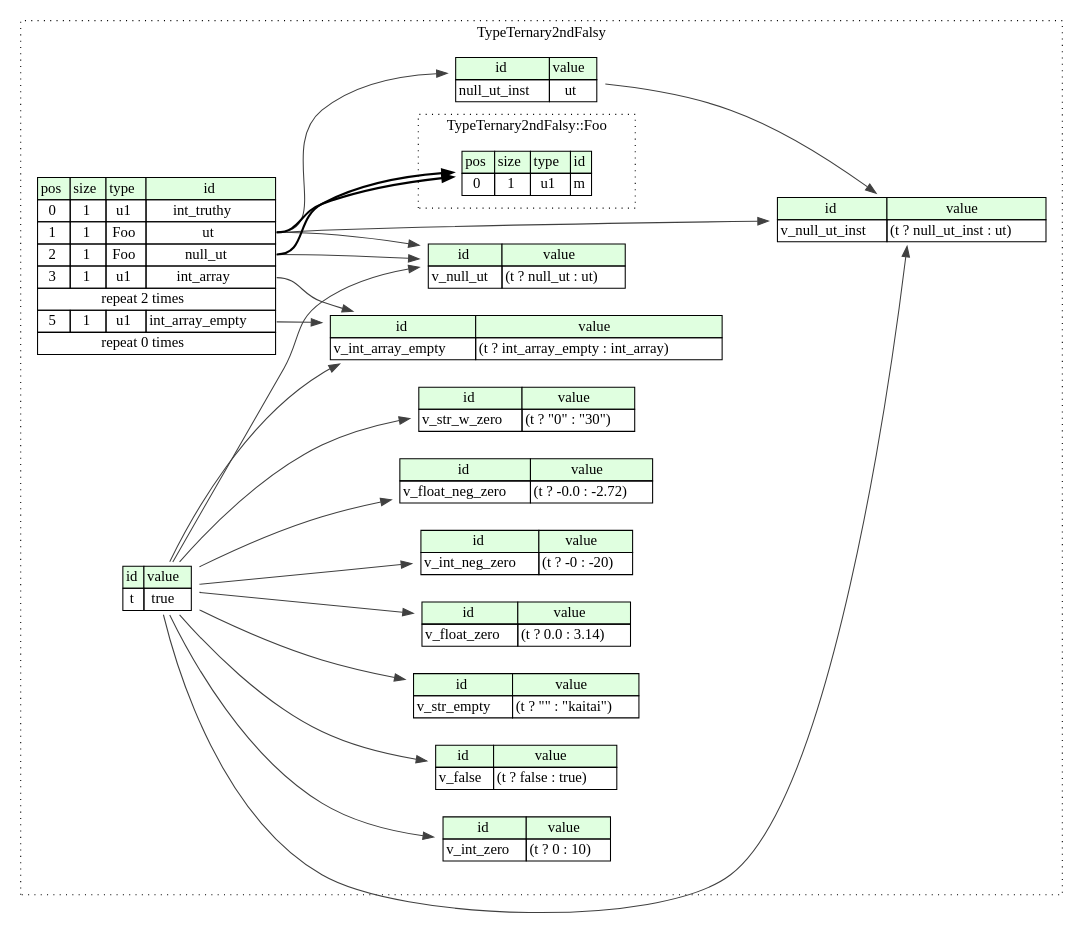
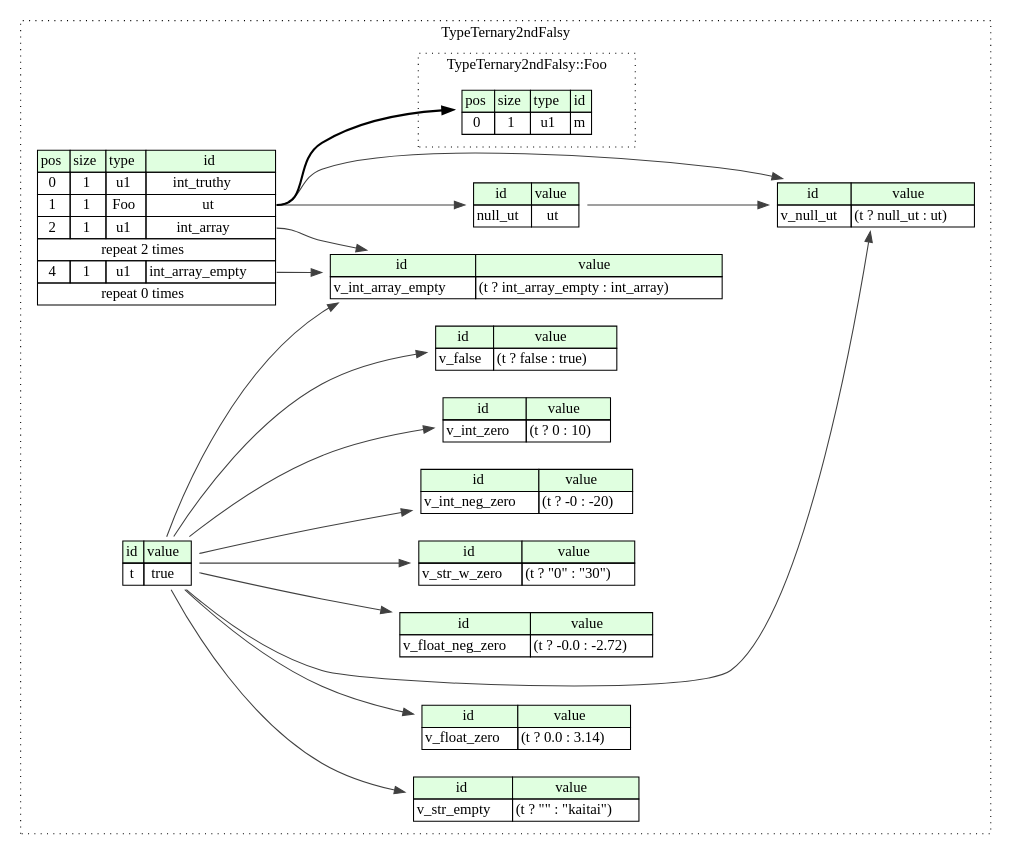
One commit to kaitai-io/ci_targets changed the diagram in compiled/graphviz/type_ternary_2nd_falsy.dot. Above: the diagram before and after it, drawn with Graphviz. The commit also changed 17 other files, not shown here.

```diff
--- a/compiled/graphviz/type_ternary_2nd_falsy.dot
+++ b/compiled/graphviz/type_ternary_2nd_falsy.dot
@@ -1,95 +1,86 @@
 digraph {
 	rankdir=LR;
 	node [shape=plaintext];
 	subgraph cluster__type_ternary_2nd_falsy {
 		label="TypeTernary2ndFalsy";
 		graph[style=dotted];
 
 		type_ternary_2nd_falsy__seq [label=<<TABLE BORDER="0" CELLBORDER="1" CELLSPACING="0">
 			<TR><TD BGCOLOR="#E0FFE0">pos</TD><TD BGCOLOR="#E0FFE0">size</TD><TD BGCOLOR="#E0FFE0">type</TD><TD BGCOLOR="#E0FFE0">id</TD></TR>
 			<TR><TD PORT="int_truthy_pos">0</TD><TD PORT="int_truthy_size">1</TD><TD>u1</TD><TD PORT="int_truthy_type">int_truthy</TD></TR>
 			<TR><TD PORT="ut_pos">1</TD><TD PORT="ut_size">1</TD><TD>Foo</TD><TD PORT="ut_type">ut</TD></TR>
-			<TR><TD PORT="null_ut_pos">2</TD><TD PORT="null_ut_size">1</TD><TD>Foo</TD><TD PORT="null_ut_type">null_ut</TD></TR>
-			<TR><TD PORT="int_array_pos">3</TD><TD PORT="int_array_size">1</TD><TD>u1</TD><TD PORT="int_array_type">int_array</TD></TR>
+			<TR><TD PORT="int_array_pos">2</TD><TD PORT="int_array_size">1</TD><TD>u1</TD><TD PORT="int_array_type">int_array</TD></TR>
 			<TR><TD COLSPAN="4" PORT="int_array__repeat">repeat 2 times</TD></TR>
-			<TR><TD PORT="int_array_empty_pos">5</TD><TD PORT="int_array_empty_size">1</TD><TD>u1</TD><TD PORT="int_array_empty_type">int_array_empty</TD></TR>
+			<TR><TD PORT="int_array_empty_pos">4</TD><TD PORT="int_array_empty_size">1</TD><TD>u1</TD><TD PORT="int_array_empty_type">int_array_empty</TD></TR>
 			<TR><TD COLSPAN="4" PORT="int_array_empty__repeat">repeat 0 times</TD></TR>
+		</TABLE>>];
+		type_ternary_2nd_falsy__inst__null_ut [label=<<TABLE BORDER="0" CELLBORDER="1" CELLSPACING="0">
+			<TR><TD BGCOLOR="#E0FFE0">id</TD><TD BGCOLOR="#E0FFE0">value</TD></TR>
+			<TR><TD>null_ut</TD><TD>ut</TD></TR>
 		</TABLE>>];
 		type_ternary_2nd_falsy__inst__v_float_zero [label=<<TABLE BORDER="0" CELLBORDER="1" CELLSPACING="0">
 			<TR><TD BGCOLOR="#E0FFE0">id</TD><TD BGCOLOR="#E0FFE0">value</TD></TR>
 			<TR><TD>v_float_zero</TD><TD>(t ? 0.0 : 3.14)</TD></TR>
 		</TABLE>>];
 		type_ternary_2nd_falsy__inst__t [label=<<TABLE BORDER="0" CELLBORDER="1" CELLSPACING="0">
 			<TR><TD BGCOLOR="#E0FFE0">id</TD><TD BGCOLOR="#E0FFE0">value</TD></TR>
 			<TR><TD>t</TD><TD>true</TD></TR>
 		</TABLE>>];
 		type_ternary_2nd_falsy__inst__v_int_neg_zero [label=<<TABLE BORDER="0" CELLBORDER="1" CELLSPACING="0">
 			<TR><TD BGCOLOR="#E0FFE0">id</TD><TD BGCOLOR="#E0FFE0">value</TD></TR>
 			<TR><TD>v_int_neg_zero</TD><TD>(t ? -0 : -20)</TD></TR>
 		</TABLE>>];
 		type_ternary_2nd_falsy__inst__v_int_zero [label=<<TABLE BORDER="0" CELLBORDER="1" CELLSPACING="0">
 			<TR><TD BGCOLOR="#E0FFE0">id</TD><TD BGCOLOR="#E0FFE0">value</TD></TR>
 			<TR><TD>v_int_zero</TD><TD>(t ? 0 : 10)</TD></TR>
-		</TABLE>>];
-		type_ternary_2nd_falsy__inst__null_ut_inst [label=<<TABLE BORDER="0" CELLBORDER="1" CELLSPACING="0">
-			<TR><TD BGCOLOR="#E0FFE0">id</TD><TD BGCOLOR="#E0FFE0">value</TD></TR>
-			<TR><TD>null_ut_inst</TD><TD>ut</TD></TR>
-		</TABLE>>];
-		type_ternary_2nd_falsy__inst__v_null_ut_inst [label=<<TABLE BORDER="0" CELLBORDER="1" CELLSPACING="0">
-			<TR><TD BGCOLOR="#E0FFE0">id</TD><TD BGCOLOR="#E0FFE0">value</TD></TR>
-			<TR><TD>v_null_ut_inst</TD><TD>(t ? null_ut_inst : ut)</TD></TR>
 		</TABLE>>];
 		type_ternary_2nd_falsy__inst__v_false [label=<<TABLE BORDER="0" CELLBORDER="1" CELLSPACING="0">
 			<TR><TD BGCOLOR="#E0FFE0">id</TD><TD BGCOLOR="#E0FFE0">value</TD></TR>
 			<TR><TD>v_false</TD><TD>(t ? false : true)</TD></TR>
 		</TABLE>>];
 		type_ternary_2nd_falsy__inst__v_str_empty [label=<<TABLE BORDER="0" CELLBORDER="1" CELLSPACING="0">
 			<TR><TD BGCOLOR="#E0FFE0">id</TD><TD BGCOLOR="#E0FFE0">value</TD></TR>
 			<TR><TD>v_str_empty</TD><TD>(t ? &quot;&quot; : &quot;kaitai&quot;)</TD></TR>
 		</TABLE>>];
 		type_ternary_2nd_falsy__inst__v_int_array_empty [label=<<TABLE BORDER="0" CELLBORDER="1" CELLSPACING="0">
 			<TR><TD BGCOLOR="#E0FFE0">id</TD><TD BGCOLOR="#E0FFE0">value</TD></TR>
 			<TR><TD>v_int_array_empty</TD><TD>(t ? int_array_empty : int_array)</TD></TR>
 		</TABLE>>];
 		type_ternary_2nd_falsy__inst__v_null_ut [label=<<TABLE BORDER="0" CELLBORDER="1" CELLSPACING="0">
 			<TR><TD BGCOLOR="#E0FFE0">id</TD><TD BGCOLOR="#E0FFE0">value</TD></TR>
 			<TR><TD>v_null_ut</TD><TD>(t ? null_ut : ut)</TD></TR>
 		</TABLE>>];
 		type_ternary_2nd_falsy__inst__v_float_neg_zero [label=<<TABLE BORDER="0" CELLBORDER="1" CELLSPACING="0">
 			<TR><TD BGCOLOR="#E0FFE0">id</TD><TD BGCOLOR="#E0FFE0">value</TD></TR>
 			<TR><TD>v_float_neg_zero</TD><TD>(t ? -0.0 : -2.72)</TD></TR>
 		</TABLE>>];
 		type_ternary_2nd_falsy__inst__v_str_w_zero [label=<<TABLE BORDER="0" CELLBORDER="1" CELLSPACING="0">
 			<TR><TD BGCOLOR="#E0FFE0">id</TD><TD BGCOLOR="#E0FFE0">value</TD></TR>
 			<TR><TD>v_str_w_zero</TD><TD>(t ? &quot;0&quot; : &quot;30&quot;)</TD></TR>
 		</TABLE>>];
 		subgraph cluster__foo {
 			label="TypeTernary2ndFalsy::Foo";
 			graph[style=dotted];
 
 			foo__seq [label=<<TABLE BORDER="0" CELLBORDER="1" CELLSPACING="0">
 				<TR><TD BGCOLOR="#E0FFE0">pos</TD><TD BGCOLOR="#E0FFE0">size</TD><TD BGCOLOR="#E0FFE0">type</TD><TD BGCOLOR="#E0FFE0">id</TD></TR>
 				<TR><TD PORT="m_pos">0</TD><TD PORT="m_size">1</TD><TD>u1</TD><TD PORT="m_type">m</TD></TR>
 			</TABLE>>];
 		}
 	}
 	type_ternary_2nd_falsy__seq:ut_type -> foo__seq [style=bold];
-	type_ternary_2nd_falsy__seq:null_ut_type -> foo__seq [style=bold];
+	type_ternary_2nd_falsy__seq:ut_type -> type_ternary_2nd_falsy__inst__null_ut [color="#404040"];
 	type_ternary_2nd_falsy__inst__t:t_type -> type_ternary_2nd_falsy__inst__v_float_zero [color="#404040"];
 	type_ternary_2nd_falsy__inst__t:t_type -> type_ternary_2nd_falsy__inst__v_int_neg_zero [color="#404040"];
 	type_ternary_2nd_falsy__inst__t:t_type -> type_ternary_2nd_falsy__inst__v_int_zero [color="#404040"];
-	type_ternary_2nd_falsy__seq:ut_type -> type_ternary_2nd_falsy__inst__null_ut_inst [color="#404040"];
-	type_ternary_2nd_falsy__inst__t:t_type -> type_ternary_2nd_falsy__inst__v_null_ut_inst [color="#404040"];
-	type_ternary_2nd_falsy__inst__null_ut_inst:null_ut_inst_type -> type_ternary_2nd_falsy__inst__v_null_ut_inst [color="#404040"];
-	type_ternary_2nd_falsy__seq:ut_type -> type_ternary_2nd_falsy__inst__v_null_ut_inst [color="#404040"];
 	type_ternary_2nd_falsy__inst__t:t_type -> type_ternary_2nd_falsy__inst__v_false [color="#404040"];
 	type_ternary_2nd_falsy__inst__t:t_type -> type_ternary_2nd_falsy__inst__v_str_empty [color="#404040"];
 	type_ternary_2nd_falsy__inst__t:t_type -> type_ternary_2nd_falsy__inst__v_int_array_empty [color="#404040"];
 	type_ternary_2nd_falsy__seq:int_array_empty_type -> type_ternary_2nd_falsy__inst__v_int_array_empty [color="#404040"];
 	type_ternary_2nd_falsy__seq:int_array_type -> type_ternary_2nd_falsy__inst__v_int_array_empty [color="#404040"];
 	type_ternary_2nd_falsy__inst__t:t_type -> type_ternary_2nd_falsy__inst__v_null_ut [color="#404040"];
-	type_ternary_2nd_falsy__seq:null_ut_type -> type_ternary_2nd_falsy__inst__v_null_ut [color="#404040"];
+	type_ternary_2nd_falsy__inst__null_ut:null_ut_type -> type_ternary_2nd_falsy__inst__v_null_ut [color="#404040"];
 	type_ternary_2nd_falsy__seq:ut_type -> type_ternary_2nd_falsy__inst__v_null_ut [color="#404040"];
 	type_ternary_2nd_falsy__inst__t:t_type -> type_ternary_2nd_falsy__inst__v_float_neg_zero [color="#404040"];
 	type_ternary_2nd_falsy__inst__t:t_type -> type_ternary_2nd_falsy__inst__v_str_w_zero [color="#404040"];
 }
```
